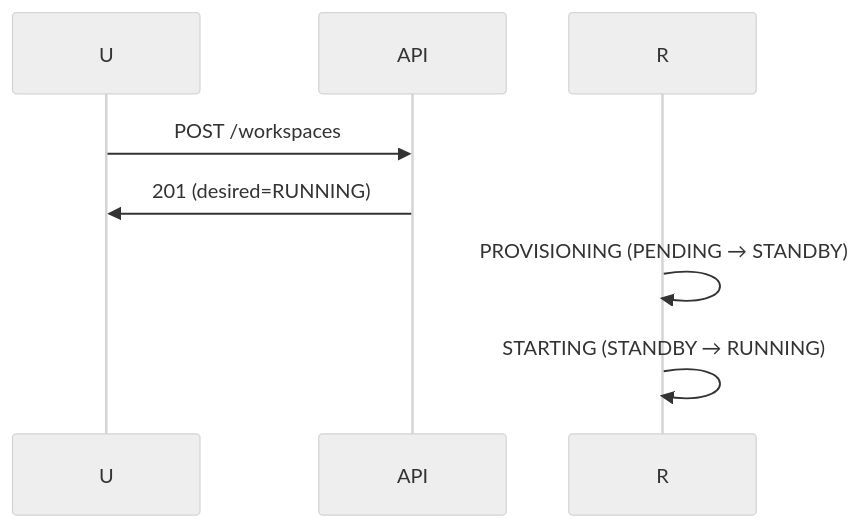
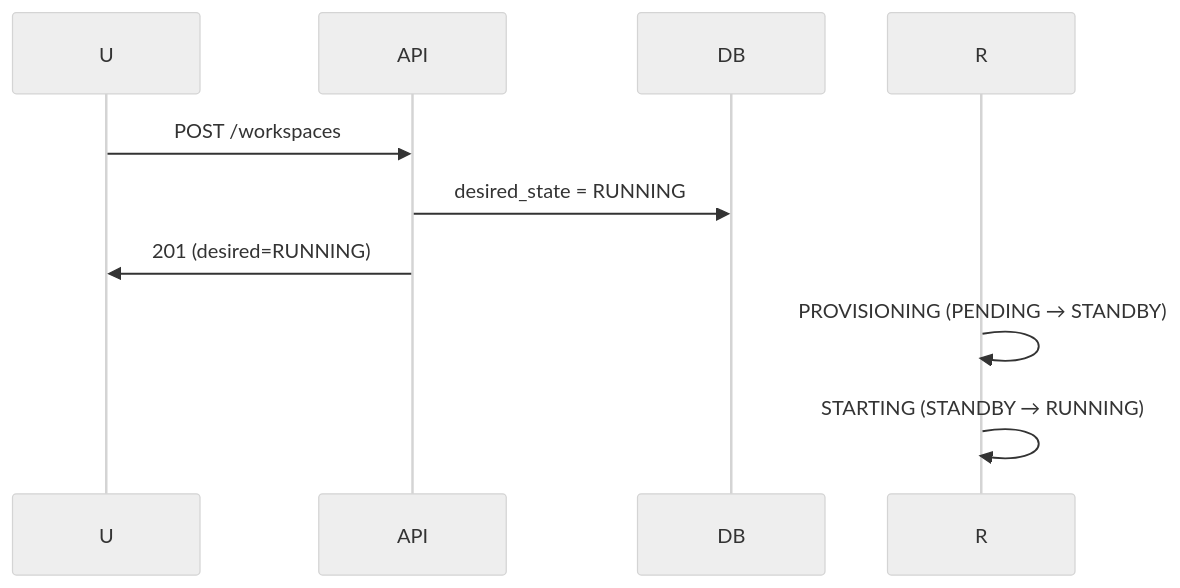
The fourth of 7 diagrams in docs/spec_v2/02-states.md (cagojeiger/code-hub), drawn with Mermaid (neutral theme) before and after one commit. The commit also changed other lines of this file, not shown here.

Commit message:
docs(spec_v2): add missing API→DB step in sequence diagrams
Fix inconsistency where some flow diagrams in 02-states.md were missing
the `API->>DB: desired_state = ...` step that other diagrams had.

- "새 Workspace → RUNNING": added API→DB step
- "Archive에서 복원": added API→DB step

🤖 Generated with [Claude Code](https://claude.com/claude-code)

````diff
--- a/docs/spec_v2/02-states.md
+++ b/docs/spec_v2/02-states.md
@@ -247,7 +247,8 @@
 ```mermaid
 sequenceDiagram
     U->>API: POST /workspaces
+    API->>DB: desired_state = RUNNING
     API->>U: 201 (desired=RUNNING)
     R->>R: PROVISIONING (PENDING → STANDBY)
     R->>R: STARTING (STANDBY → RUNNING)
 ```
````
